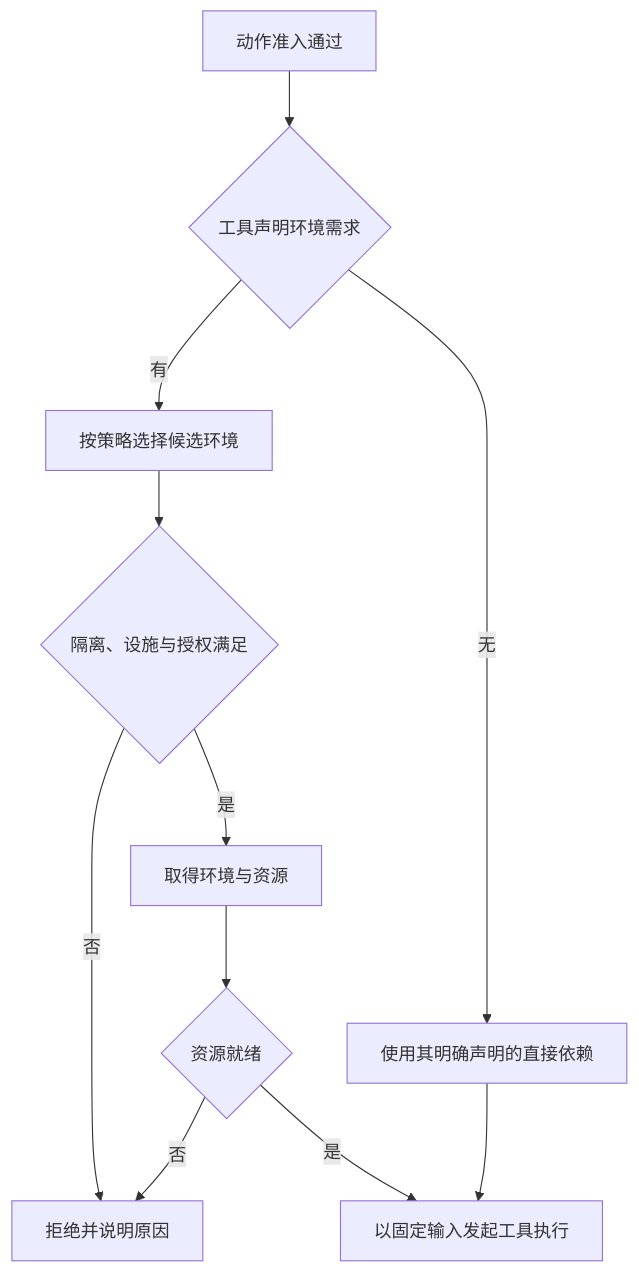
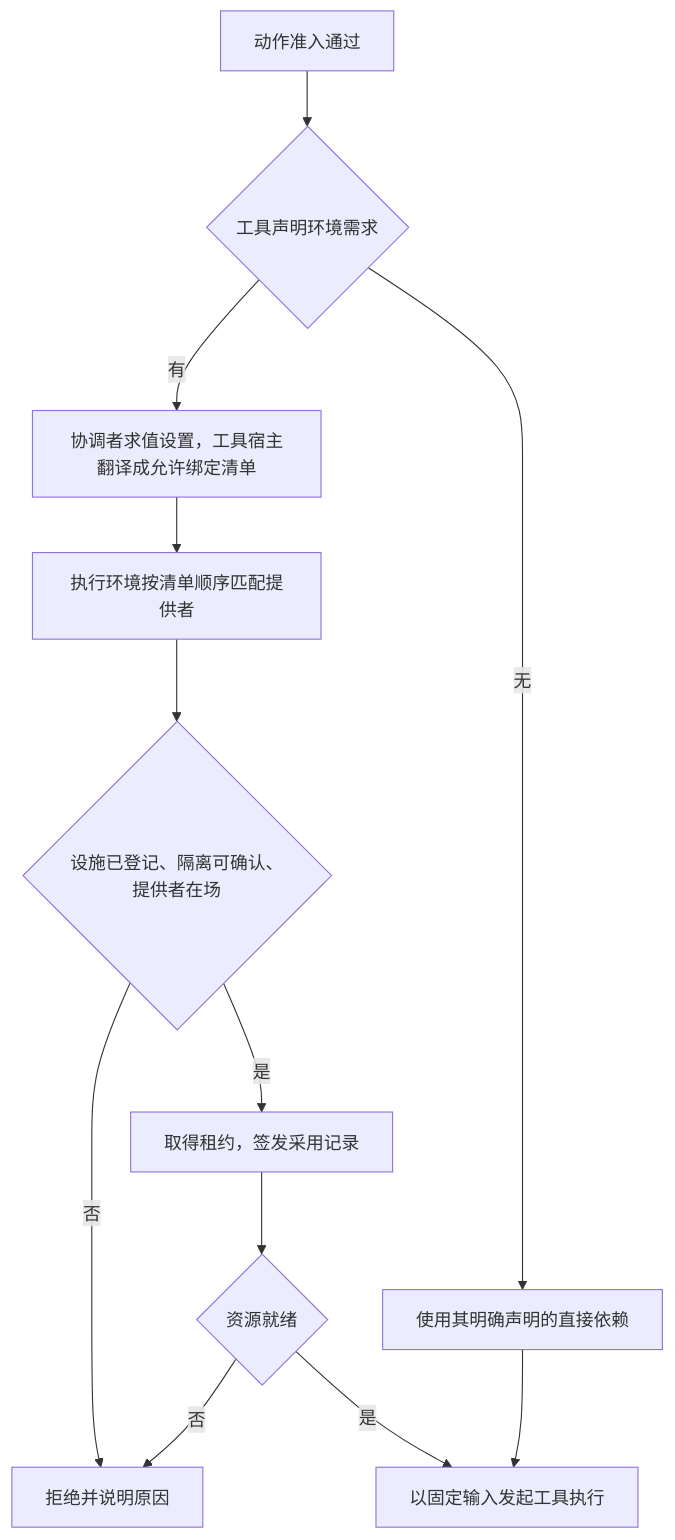
One commit to nemori-ai/omne-harness-lite changed the diagram in docs/architecture/runtime/execution-environment.md. Above: the diagram before and after it, drawn with Mermaid. The commit also changed other lines of this file and 21 other files, not shown here.

````diff
--- a/docs/architecture/runtime/execution-environment.md
+++ b/docs/architecture/runtime/execution-environment.md
@@ -24,13 +24,14 @@
 ```mermaid
 flowchart TD
     Admit[动作准入通过] --> Need{工具声明环境需求}
-    Need -->|有| Select[按策略选择候选环境]
+    Need -->|有| Translate[协调者求值设置，工具宿主翻译成允许绑定清单]
     Need -->|无| Direct[使用其明确声明的直接依赖]
-    Select --> Match{隔离、设施与授权满足}
+    Translate --> Select[执行环境按清单顺序匹配提供者]
+    Select --> Match{设施已登记、隔离可确认、提供者在场}
     Match -->|否| Reject[拒绝并说明原因]
-    Match -->|是| Prepare[取得环境与资源]
+    Match -->|是| Prepare[取得租约，签发采用记录]
     Prepare --> Ready{资源就绪}
     Ready -->|否| Reject
     Ready -->|是| Execute[以固定输入发起工具执行]
     Direct --> Execute
 ```
````
